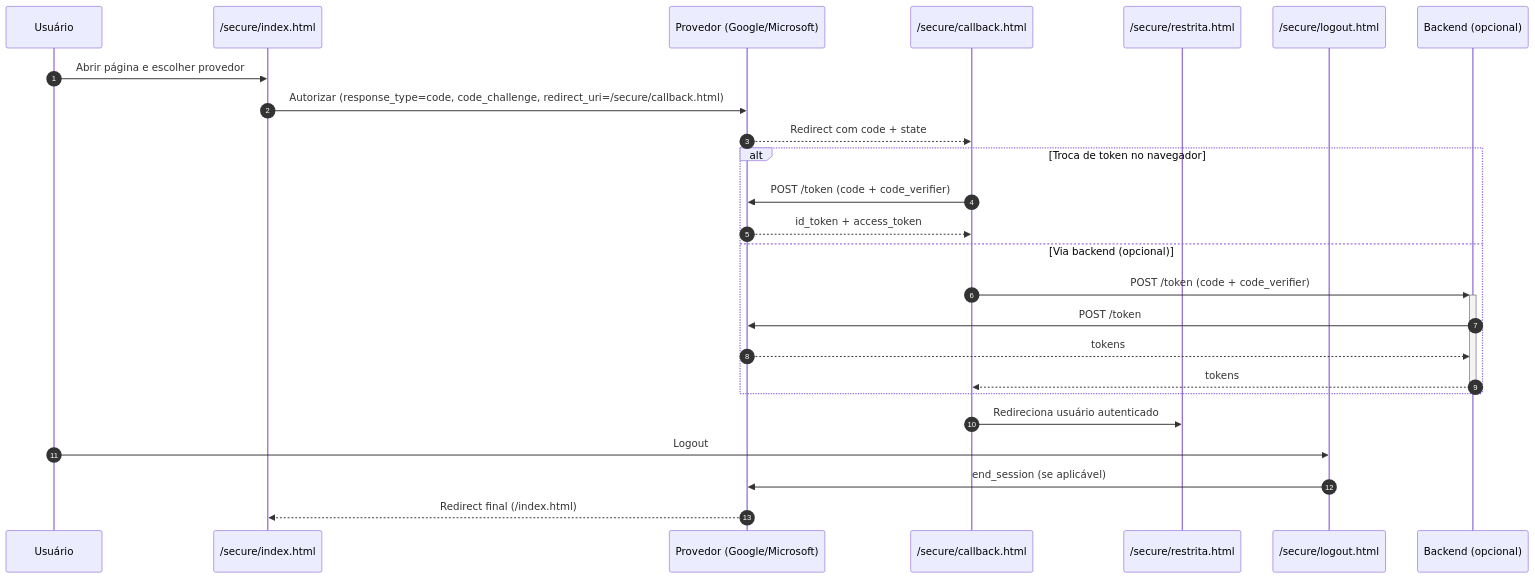
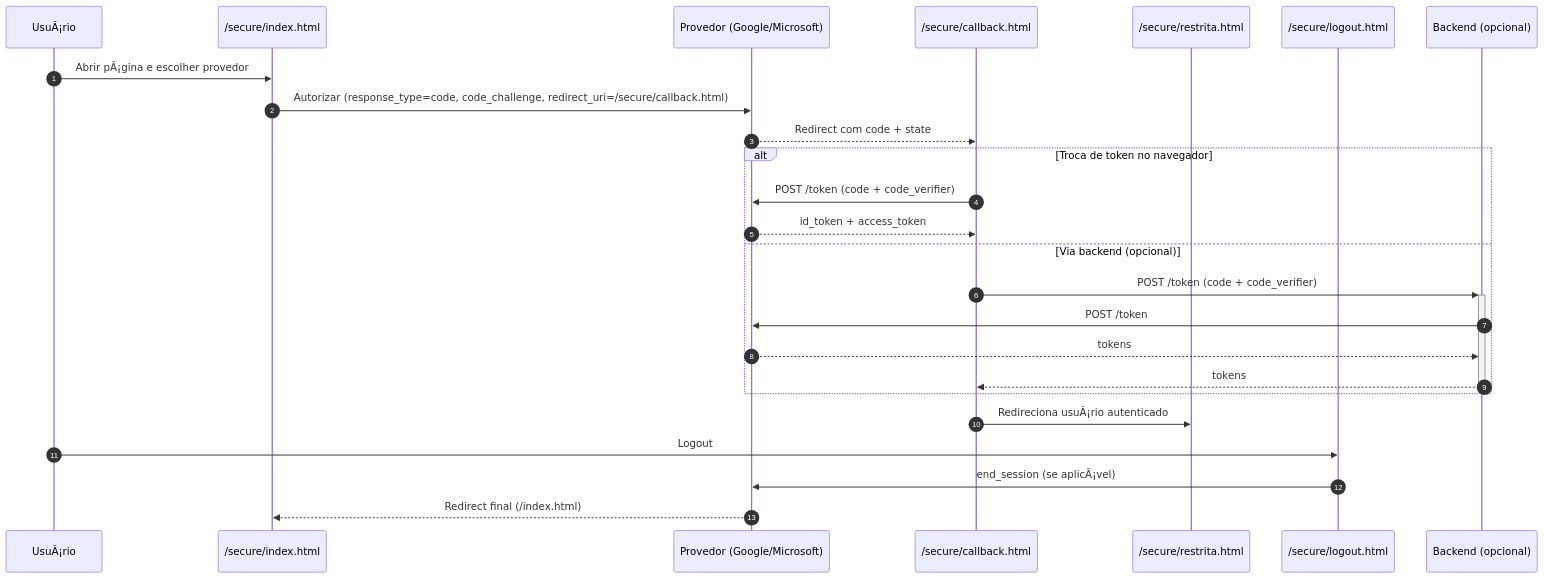
The diagram in README.md (chmulato/caracore-site), drawn with Mermaid before and after one commit. The commit also changed other lines of this file and 23 other files, not shown here.

````diff
--- a/README.md
+++ b/README.md
@@ -195,30 +195,30 @@
 ```mermaid
 sequenceDiagram
    autonumber
-   participant U as Usuário
+   participant U as UsuÃ¡rio
    participant I as /secure/index.html
    participant P as Provedor (Google/Microsoft)
    participant C as /secure/callback.html
    participant R as /secure/restrita.html
    participant L as /secure/logout.html
    participant Bk as Backend (opcional)
 
-   U->>I: Abrir página e escolher provedor
+   U->>I: Abrir pÃ¡gina e escolher provedor
    I->>P: Autorizar (response_type=code, code_challenge, redirect_uri=/secure/callback.html)
    P-->>C: Redirect com code + state
 
    alt Troca de token no navegador
       C->>P: POST /token (code + code_verifier)
       P-->>C: id_token + access_token
    else Via backend (opcional)
       C->>+Bk: POST /token (code + code_verifier)
       Bk->>P: POST /token
       P-->>Bk: tokens
       Bk-->>-C: tokens
    end
 
-   C->>R: Redireciona usuário autenticado
+   C->>R: Redireciona usuÃ¡rio autenticado
    U->>L: Logout
-   L->>P: end_session (se aplicável)
+   L->>P: end_session (se aplicÃ¡vel)
    P-->>I: Redirect final (/index.html)
 ```
````
